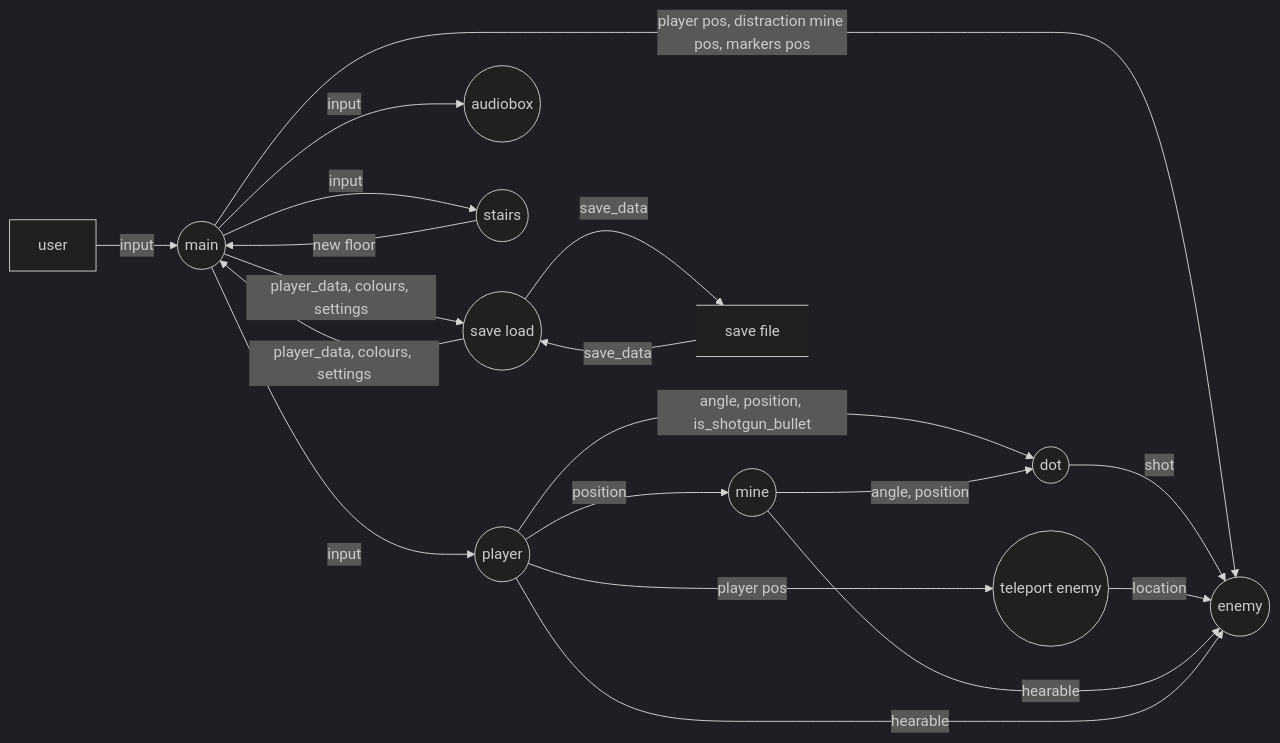
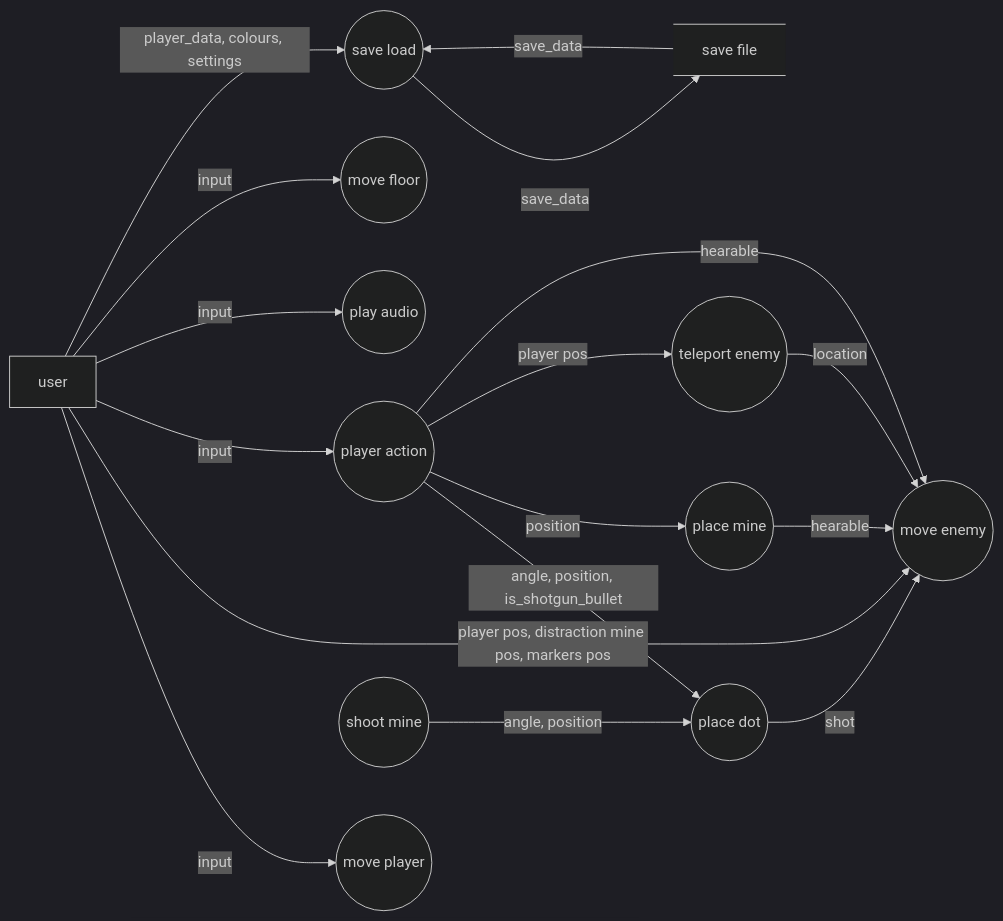
The diagram in Diagrams/data-flow.mmd (aidoschamp/AT-project), drawn with Mermaid (dark theme) before and after one commit.

Commit message:
changed data flow diagram

```diff
--- a/Diagrams/data-flow.mmd
+++ b/Diagrams/data-flow.mmd
@@ -1,30 +1,28 @@
 flowchart LR
     user
-    main((main))
-    enemy((enemy))
-    player((player))
-    dot((dot))
+    enemy((move enemy))
+    player((player action))
+    move((move player))
+    place-dot((place dot))
     mine((mine))
-    audiobox((audiobox))
-    stairs((stairs))
+    audiobox((play audio))
+    stairs((move floor))
     teleport-enemy((teleport enemy))
     save-load((save load))
     save-file@{ shape: datastore, label: "save file" }
-    user --> |input| main
-    main --> |player pos, distraction mine pos, markers pos| enemy
-    main --> |input| player
-    player --> |angle, position, is_shotgun_bullet| dot
-    player --> |position| mine
-    mine --> |angle, position| dot
-    dot --> |shot| enemy
-    main --> |input| audiobox
-    main --> |input| stairs
-    stairs --> |new floor| main
+    user --> |input| move
+    user --> |player pos, distraction mine pos, markers pos| enemy
+    user --> |input| player
+    player --> |angle, position, is_shotgun_bullet| place-dot
+    player --> |position| mine((place mine))
+    mine-shoot((shoot mine)) --> |angle, position| place-dot
+    place-dot --> |shot| enemy
+    user --> |input| audiobox
+    user --> |input| stairs
     player --> |player pos| teleport-enemy
     teleport-enemy --> |location| enemy
     mine --> |hearable| enemy
     player --> |hearable| enemy
-    main --> |player_data, colours, settings| save-load
-    save-load --> |player_data, colours, settings| main
+    user --> |player_data, colours, settings| save-load
     save-load --> |save_data| save-file
     save-file --> |save_data| save-load
```
